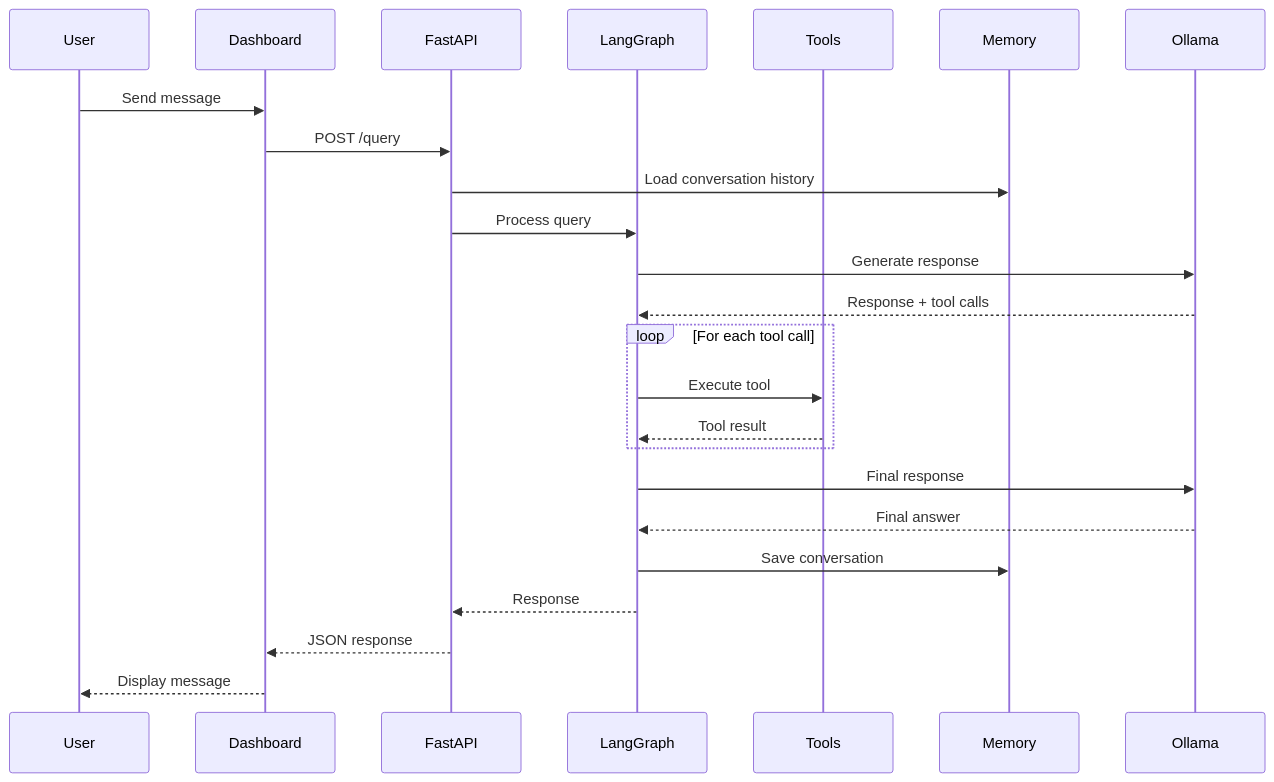
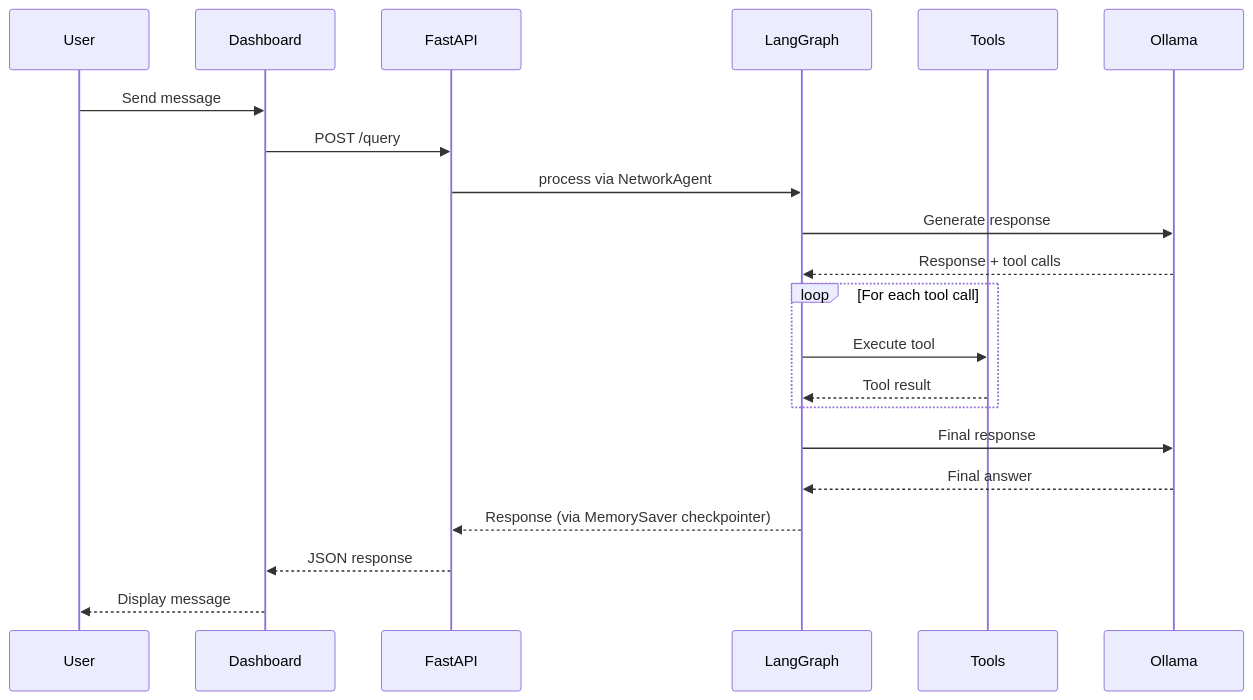
The third of 9 diagrams in README.md (IndraSugara/AgenticNet), drawn with Mermaid before and after one commit. The commit also changed other lines of this file and 6 other files, not shown here.

````diff
--- a/README.md
+++ b/README.md
@@ -489,29 +647,26 @@
 ```mermaid
 sequenceDiagram
     participant User
     participant Dashboard
     participant FastAPI
     participant LangGraph
     participant Tools
-    participant Memory
     participant Ollama
 
     User->>Dashboard: Send message
     Dashboard->>FastAPI: POST /query
-    FastAPI->>Memory: Load conversation history
-    FastAPI->>LangGraph: Process query
+    FastAPI->>LangGraph: process via NetworkAgent
     LangGraph->>Ollama: Generate response
     Ollama-->>LangGraph: Response + tool calls
     
     loop For each tool call
         LangGraph->>Tools: Execute tool
         Tools-->>LangGraph: Tool result
     end
     
     LangGraph->>Ollama: Final response
     Ollama-->>LangGraph: Final answer
-    LangGraph->>Memory: Save conversation
-    LangGraph-->>FastAPI: Response
+    LangGraph-->>FastAPI: Response (via MemorySaver checkpointer)
     FastAPI-->>Dashboard: JSON response
     Dashboard-->>User: Display message
 ```
````
